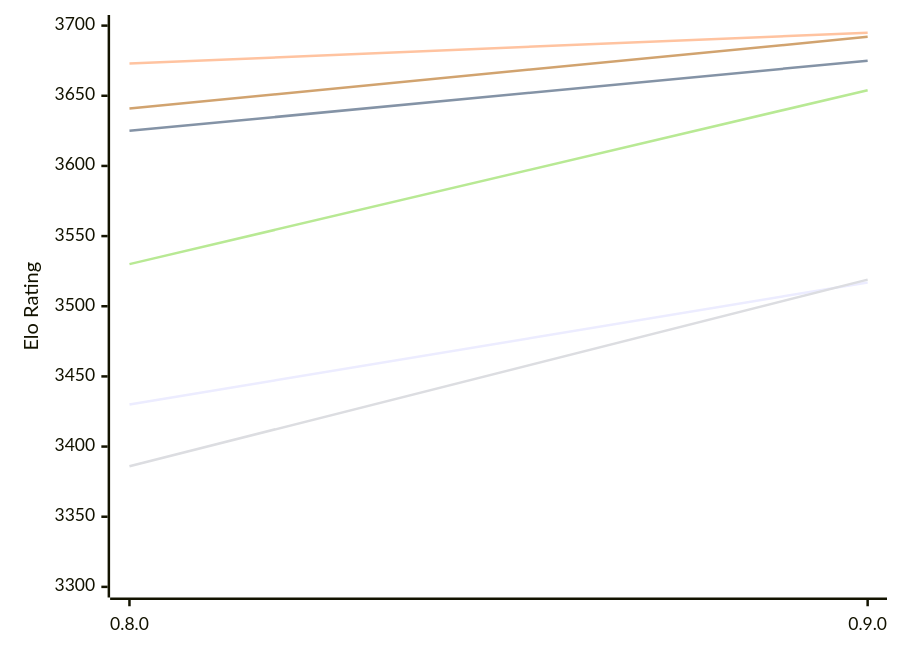
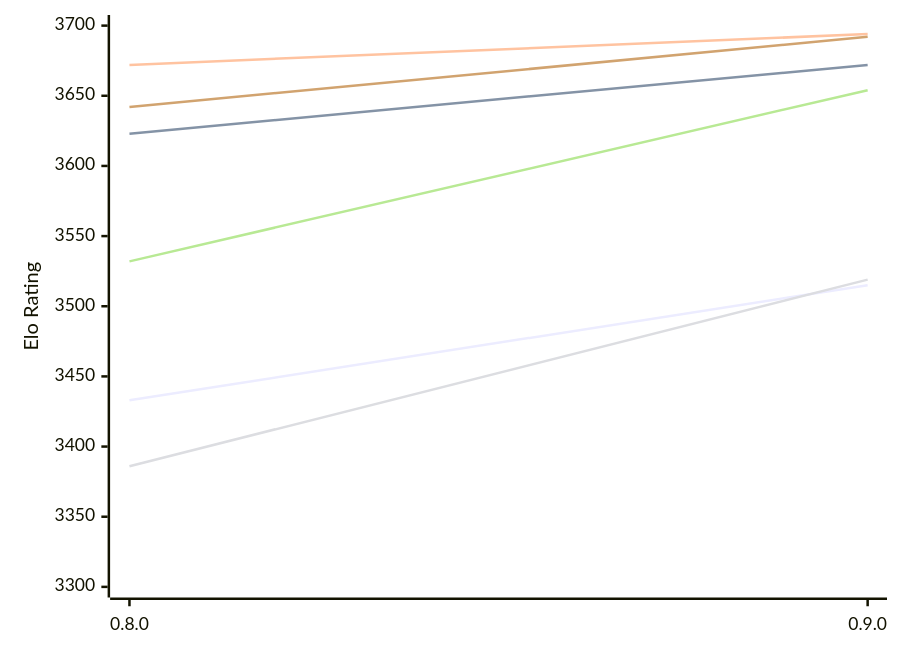
The first of 2 diagrams in engines/Reckless.md (computer-chess-index/cci), drawn with Mermaid before and after one commit. The commit also changed other lines of this file, not shown here.

Commit message:
Update CCI Ratings (ELO VLTC) - 2026-11-28

````diff
--- a/engines/Reckless.md
+++ b/engines/Reckless.md
@@ -50,12 +50,12 @@
 ```mermaid
 %%{init: {"theme":"base","themeVariables":{"seriesColors:['#a3a3a3','#222221','#faa371']}}}%%
 xychart-beta
   x-axis ["0.8.0", "0.9.0"]
   y-axis "Elo Rating" 3300 --> 3700
-  line "E1: STC (8.0+0.08s)" [3430, 3517]
-  line "E1: LTC (60.0+0.60s)" [3625, 3675]
-  line "E1: VLTC (2m24s+1.12s)" [3673, 3695]
+  line "E1: STC (8.0+0.08s)" [3433, 3515]
+  line "E1: LTC (60.0+0.60s)" [3623, 3672]
+  line "E1: VLTC (2m24s+1.12s)" [3672, 3694]
   line "P1: STC (8.0+0.08s)" [3386, 3519]
-  line "P1: LTC (60.0+0.60s)" [3530, 3654]
-  line "P1: VLTC (2m24s+1.12s)" [3641, 3692]
+  line "P1: LTC (60.0+0.60s)" [3532, 3654]
+  line "P1: VLTC (2m24s+1.12s)" [3642, 3692]
 ```
````
